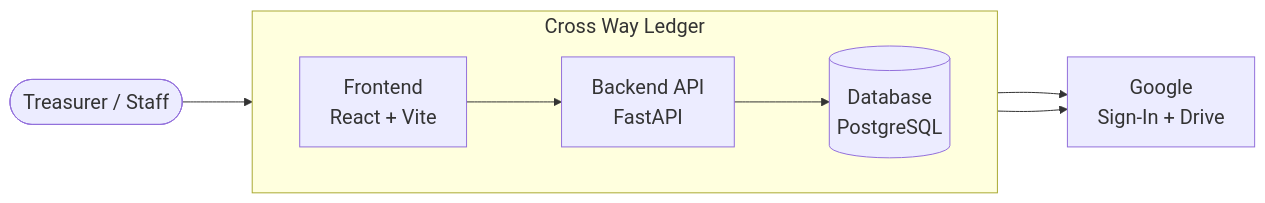
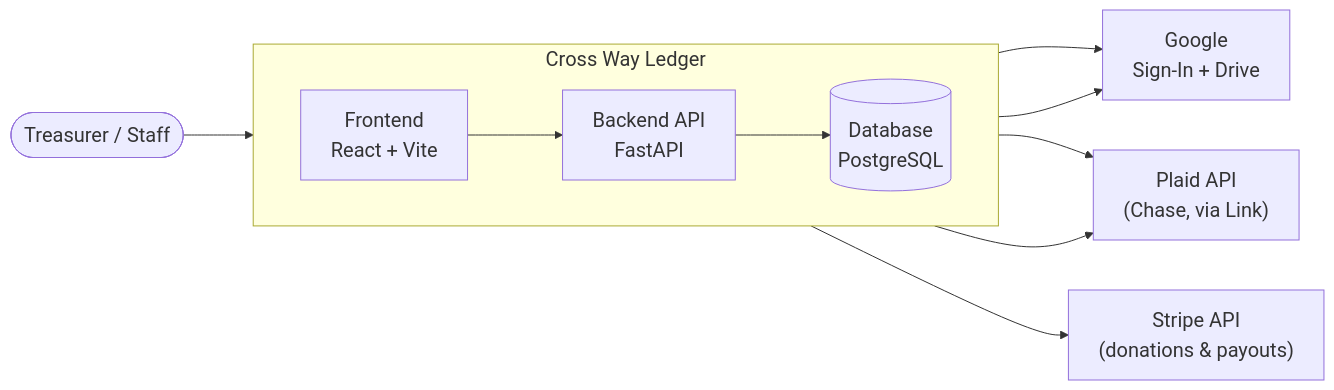
Before and after one commit to treasurer-cwmtc/cross-way-ledger: the first of 9 diagrams in docs/ARCHITECTURE.md, drawn with Mermaid. The commit also changed other lines of this file and 9 other files, not shown here.

First line of the commit message:
Docs: document Stripe/Plaid automated sync, bring STATUS.md current (#106)

````diff
--- a/docs/ARCHITECTURE.md
+++ b/docs/ARCHITECTURE.md
@@ -12,19 +12,24 @@
 ```mermaid
 %%{init: {"themeVariables": {"fontSize": "20px"}, "flowchart": {"nodeSpacing": 50, "rankSpacing": 70}}}%%
 flowchart LR
     User(["Treasurer / Staff"])
 
     subgraph App["Cross Way Ledger"]
         direction LR
         FE["Frontend\nReact + Vite"]
         BE["Backend API\nFastAPI"]
         DB[("Database\nPostgreSQL")]
         FE --> BE --> DB
     end
 
     Google["Google\nSign-In + Drive"]
+    Stripe["Stripe API\n(donations & payouts)"]
+    Plaid["Plaid API\n(Chase, via Link)"]
 
     User --> FE
     FE --> Google
+    FE --> Plaid
     BE --> Google
+    BE --> Stripe
+    BE --> Plaid
 ```
````
